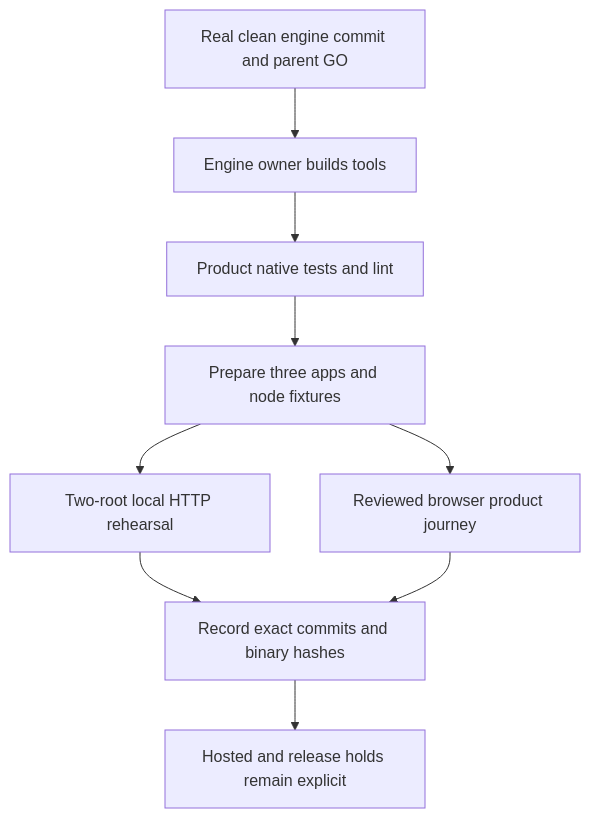
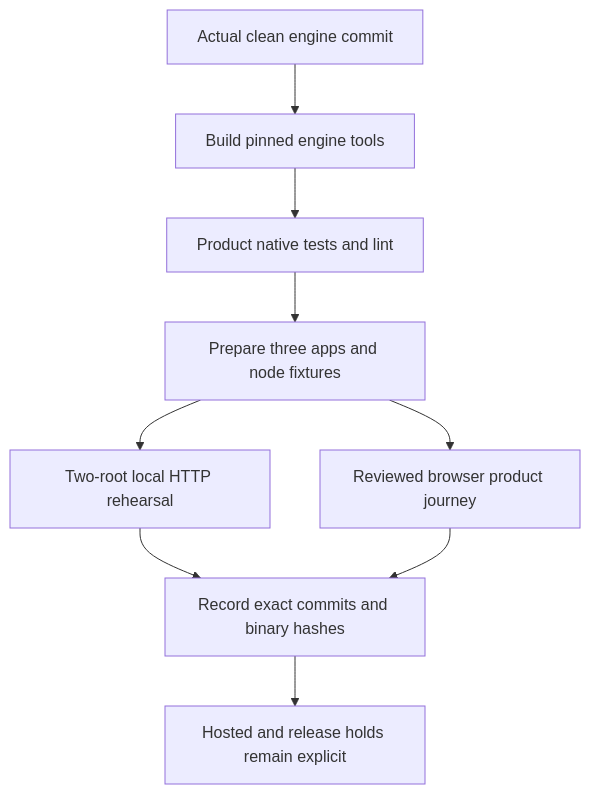
The diagram in docs-chirho/source-chirho/clone-build-journey-chirho.md (loveJesus/perffection-opensource-chirho), drawn with Mermaid before and after one commit. The commit also changed other lines of this file and 1 other file, not shown here.

First line of the commit message:
Make clean-clone product setup self-contained for public readers

````diff
--- a/docs-chirho/source-chirho/clone-build-journey-chirho.md
+++ b/docs-chirho/source-chirho/clone-build-journey-chirho.md
@@ -66,11 +65,11 @@
 ```mermaid
 flowchart TD
-  PinChirho[Real clean engine commit and parent GO] --> EngineChirho[Engine owner builds tools]
+  PinChirho[Actual clean engine commit] --> EngineChirho[Build pinned engine tools]
   EngineChirho --> NativeChirho[Product native tests and lint]
   NativeChirho --> WasmChirho[Prepare three apps and node fixtures]
   WasmChirho --> HttpChirho[Two-root local HTTP rehearsal]
   WasmChirho --> BrowserChirho[Reviewed browser product journey]
   HttpChirho --> EvidenceChirho[Record exact commits and binary hashes]
   BrowserChirho --> EvidenceChirho
   EvidenceChirho --> HoldChirho[Hosted and release holds remain explicit]
 ```
````
